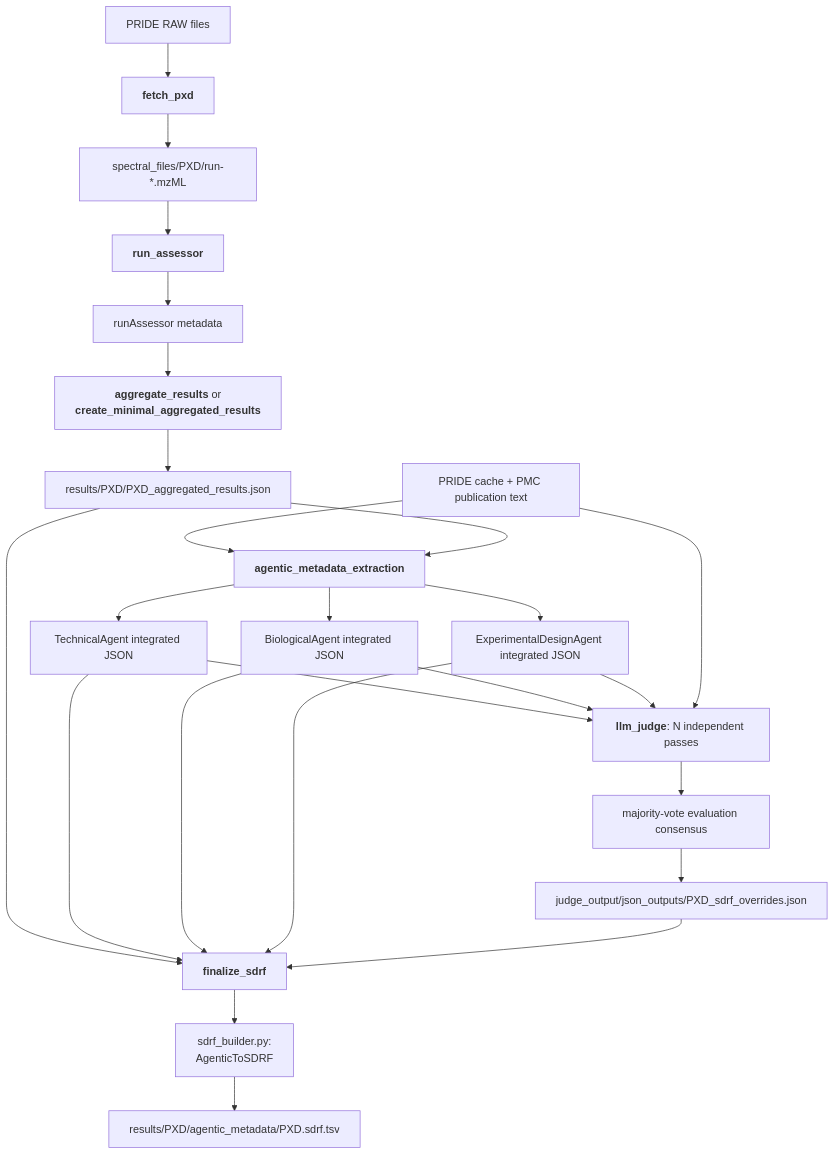
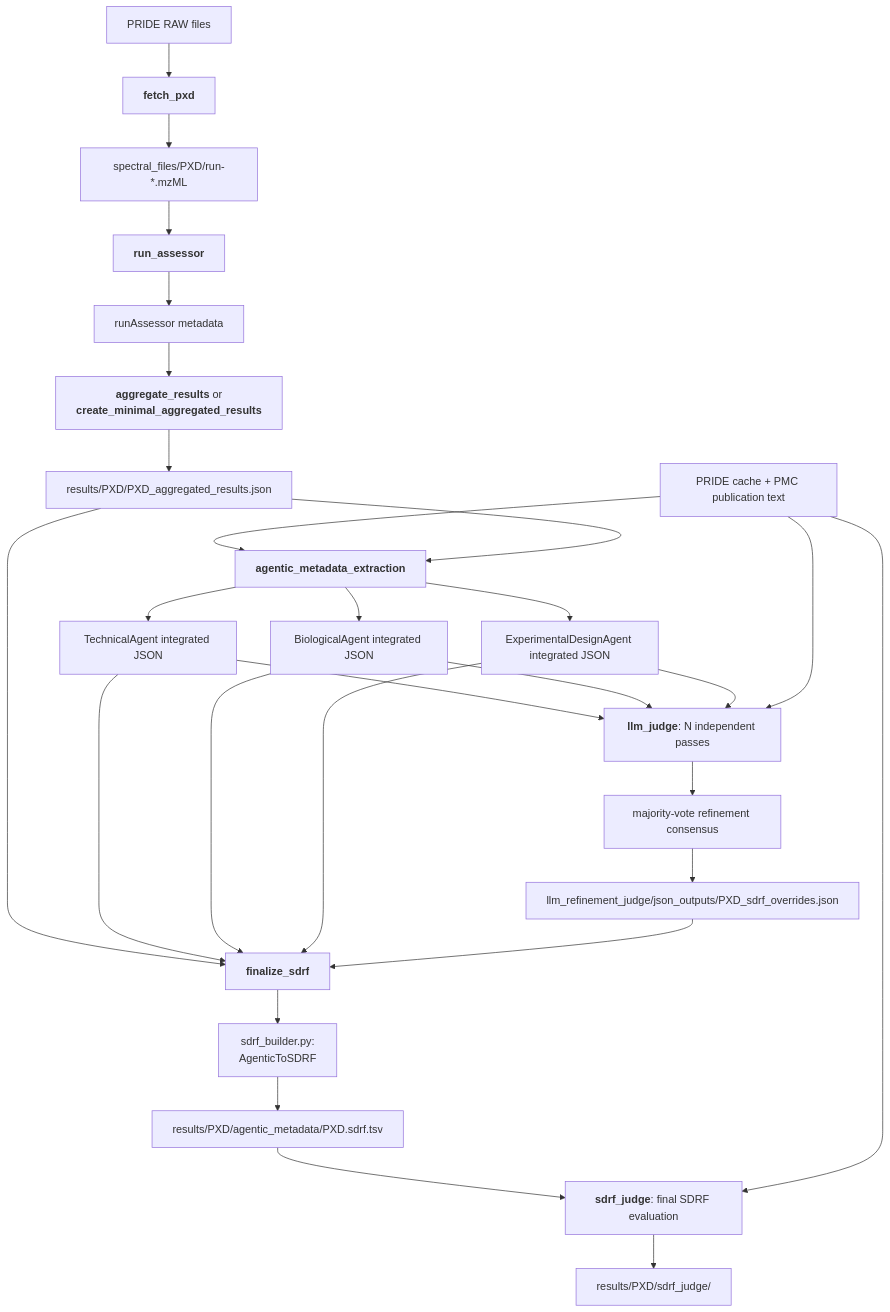
Before and after one commit to NCEMS/HAMLET: the second of 2 diagrams in README.md, drawn with Mermaid. The commit also changed other lines of this file and 52402 other files, not shown here.

````diff
--- a/README.md
+++ b/README.md
@@ -515,30 +515,33 @@
 ```mermaid
 flowchart TD
   A["PRIDE RAW files"] --> B["<b>fetch_pxd</b>"]
   B --> C["spectral_files/PXD/run-*.mzML"]
   C --> D["<b>run_assessor</b>"]
   D --> E["runAssessor metadata"]
   E --> F["<b>aggregate_results</b> or<br/><b>create_minimal_aggregated_results</b>"]
   F --> G["results/PXD/PXD_aggregated_results.json"]
 
   H["PRIDE cache + PMC publication text"] --> I["<b>agentic_metadata_extraction</b>"]
   G --> I
   I --> J["TechnicalAgent integrated JSON"]
   I --> K["BiologicalAgent integrated JSON"]
   I --> L["ExperimentalDesignAgent integrated JSON"]
 
   J --> M["<b>llm_judge</b>: N independent passes"]
   K --> M
   L --> M
   H --> M
-  M --> N["majority-vote evaluation consensus"]
-  N --> O["judge_output/json_outputs/PXD_sdrf_overrides.json"]
+  M --> N["majority-vote refinement consensus"]
+  N --> O["llm_refinement_judge/json_outputs/PXD_sdrf_overrides.json"]
 
   G --> P["<b>finalize_sdrf</b>"]
   J --> P
   K --> P
   L --> P
   O --> P
   P --> R["sdrf_builder.py:<br/>AgenticToSDRF"]
   R --> Q["results/PXD/agentic_metadata/PXD.sdrf.tsv"]
+  Q --> S["<b>sdrf_judge</b>: final SDRF evaluation"]
+  H --> S
+  S --> T["results/PXD/sdrf_judge/"]
 ```
````
